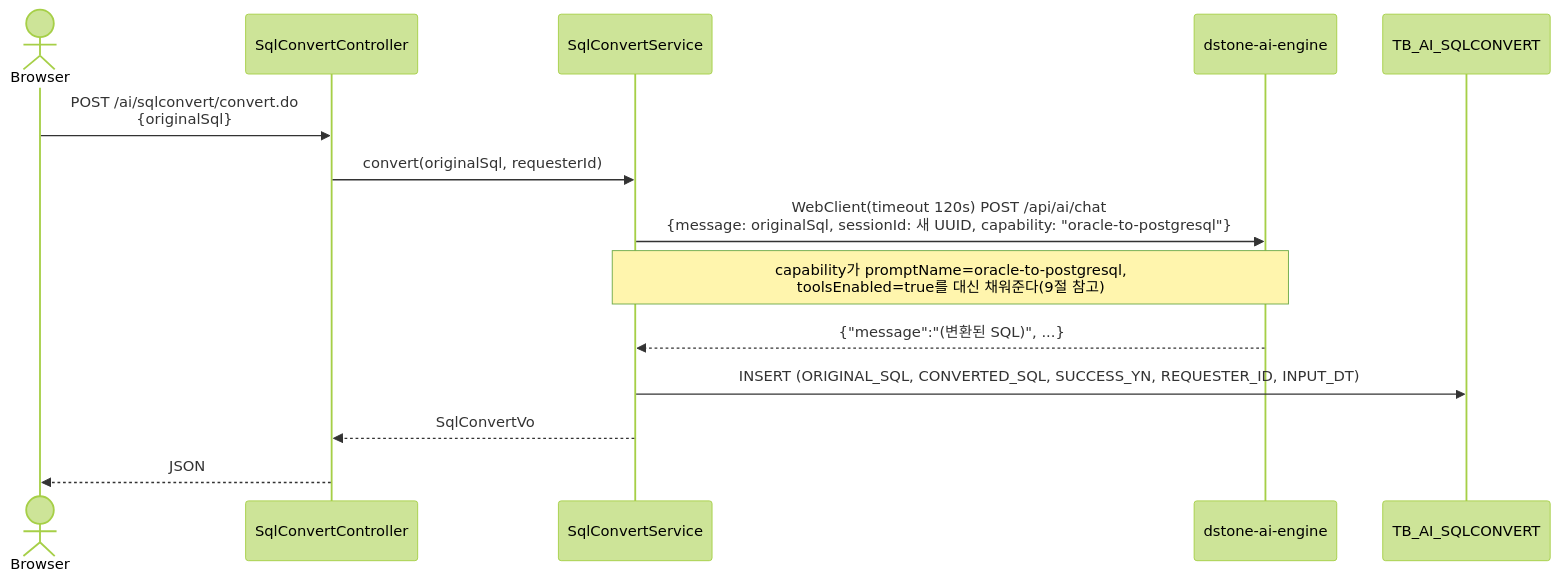
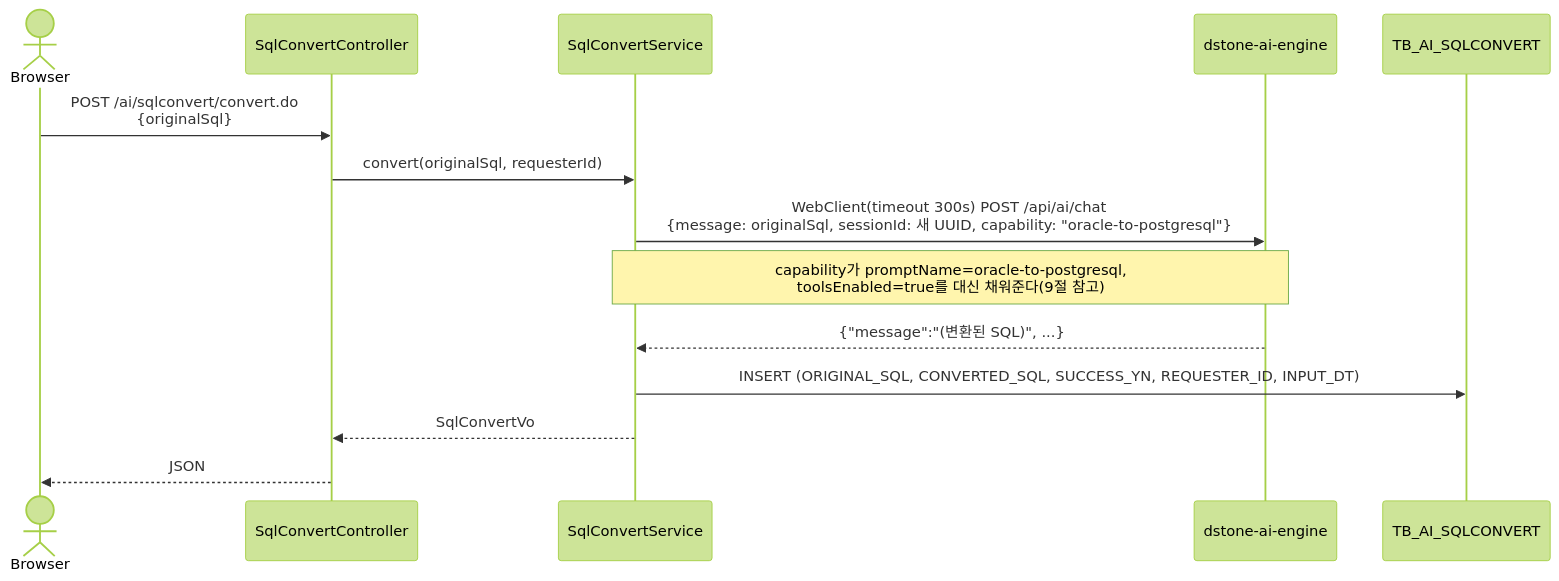
The fourth of 4 diagrams in docs/06.dstone-boot.md (YongSoekChoeng/dstone), drawn with Mermaid (forest theme) before and after one commit. The commit also changed other lines of this file and 4 other files, not shown here.

````diff
--- a/docs/06.dstone-boot.md
+++ b/docs/06.dstone-boot.md
@@ -398,17 +404,17 @@
 ```mermaid
 sequenceDiagram
     actor Browser
     participant Ctrl as SqlConvertController
     participant Svc as SqlConvertService
     participant Engine as dstone-ai-engine
     participant DB as TB_AI_SQLCONVERT
 
     Browser->>Ctrl: POST /ai/sqlconvert/convert.do<br/>{originalSql}
     Ctrl->>Svc: convert(originalSql, requesterId)
-    Svc->>Engine: WebClient(timeout 120s) POST /api/ai/chat<br/>{message: originalSql, sessionId: 새 UUID, capability: "oracle-to-postgresql"}
+    Svc->>Engine: WebClient(timeout 300s) POST /api/ai/chat<br/>{message: originalSql, sessionId: 새 UUID, capability: "oracle-to-postgresql"}
     Note over Svc,Engine: capability가 promptName=oracle-to-postgresql,<br/>toolsEnabled=true를 대신 채워준다(9절 참고)
     Engine-->>Svc: {"message":"(변환된 SQL)", ...}
     Svc->>DB: INSERT (ORIGINAL_SQL, CONVERTED_SQL, SUCCESS_YN, REQUESTER_ID, INPUT_DT)
     Svc-->>Ctrl: SqlConvertVo
     Ctrl-->>Browser: JSON
 ```
````
